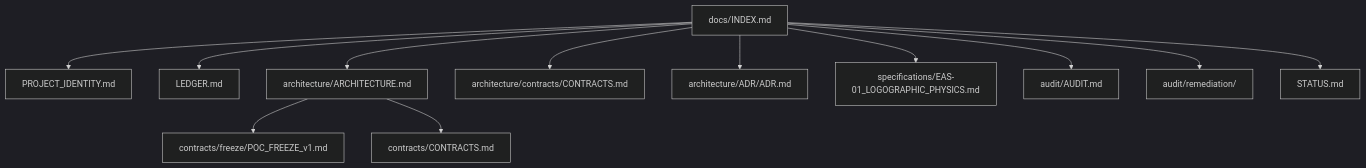
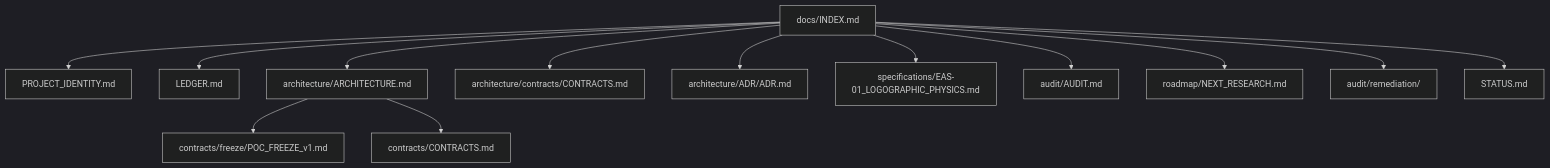
One commit to AlexusPacicus/Traianus changed the diagram in docs/INDEX.md. Above: the diagram before and after it, drawn with Mermaid (dark theme). The commit also changed other lines of this file and 2 other files, not shown here.

Commit message:
docs(roadmap): register Ulpia spatial observation framework
- Add docs/roadmap/NEXT_RESEARCH.md (research backlog) with Direction E:
  Ulpia Spatial Observation Framework — read-only projective observation
  operator O_n = P(S_n), three-layer model (Ingress|Substrate|Observation),
  nuclear invariants (non-interference oracle, local impact isolation,
  dual-key via HITL observation layer), and guiding principle
- Declare Ulpia RESEARCH / FUTURE ROADMAP in README ### Status with
  read-only (mode=ro) connections guaranteeing zero mutations over
  data_plane and manifold_nodes
- Wire roadmap node into docs/INDEX.md Mermaid diagram and index list

````diff
--- a/docs/INDEX.md
+++ b/docs/INDEX.md
@@ -25,15 +25,16 @@
 ```mermaid
 graph TD
     ROOT[docs/INDEX.md] --> PID[PROJECT_IDENTITY.md]
     ROOT --> LED[LEDGER.md]
     ROOT --> ARCH[architecture/ARCHITECTURE.md]
     ROOT --> CONT[architecture/contracts/CONTRACTS.md]
     ROOT --> ADR[architecture/ADR/ADR.md]
     ROOT --> EAS[specifications/EAS-01_LOGOGRAPHIC_PHYSICS.md]
     ROOT --> AUD[audit/AUDIT.md]
+    ROOT --> ROAD[roadmap/NEXT_RESEARCH.md]
     ROOT --> REM[audit/remediation/]
     ROOT --> STA[STATUS.md]
     
     ARCH --> CON1[contracts/freeze/POC_FREEZE_v1.md]
     ARCH --> CON2[contracts/CONTRACTS.md]
 ```
````
